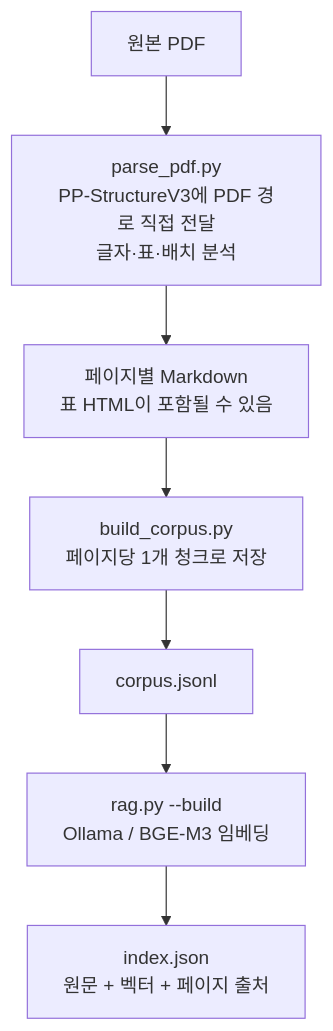
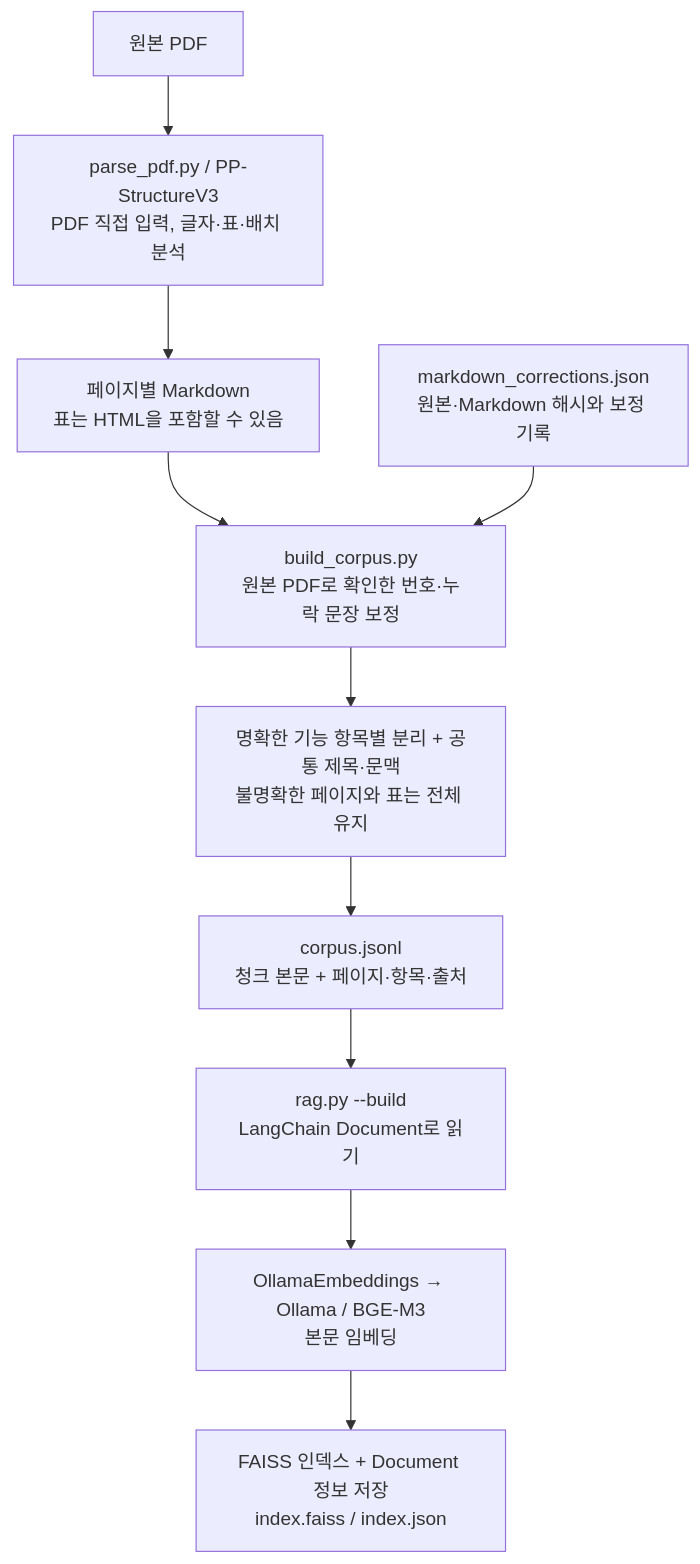
The first of 2 diagrams in README.md (jimjimjinger/rag_activity), drawn with Mermaid before and after one commit. The commit also changed other lines of this file and 14 other files, not shown here.

Commit message:
Integrate LangChain and FAISS with reviewed section-level chunks

````diff
--- a/README.md
+++ b/README.md
@@ -31,9 +28,12 @@
 ```mermaid
 flowchart TD
-    PDF["원본 PDF"] --> PADDLE["parse_pdf.py<br/>PP-StructureV3에 PDF 경로 직접 전달<br/>글자·표·배치 분석"]
-    PADDLE --> MD["페이지별 Markdown<br/>표 HTML이 포함될 수 있음"]
-    MD --> CORPUS["build_corpus.py<br/>페이지당 1개 청크로 저장"]
-    CORPUS --> DATA["corpus.jsonl"]
-    DATA --> EMBED["rag.py --build<br/>Ollama / BGE-M3 임베딩"]
-    EMBED --> INDEX["index.json<br/>원문 + 벡터 + 페이지 출처"]
+    PDF["원본 PDF"] --> PARSE["parse_pdf.py / PP-StructureV3<br/>PDF 직접 입력, 글자·표·배치 분석"]
+    PARSE --> MD["페이지별 Markdown<br/>표는 HTML을 포함할 수 있음"]
+    MD --> REVIEW["build_corpus.py<br/>원본 PDF로 확인한 번호·누락 문장 보정"]
+    FIX["markdown_corrections.json<br/>원본·Markdown 해시와 보정 기록"] --> REVIEW
+    REVIEW --> SPLIT["명확한 기능 항목별 분리 + 공통 제목·문맥<br/>불명확한 페이지와 표는 전체 유지"]
+    SPLIT --> CORPUS["corpus.jsonl<br/>청크 본문 + 페이지·항목·출처"]
+    CORPUS --> DOC["rag.py --build<br/>LangChain Document로 읽기"]
+    DOC --> EMBED["OllamaEmbeddings → Ollama / BGE-M3<br/>본문 임베딩"]
+    EMBED --> INDEX["FAISS 인덱스 + Document 정보 저장<br/>index.faiss / index.json"]
 ```
````
